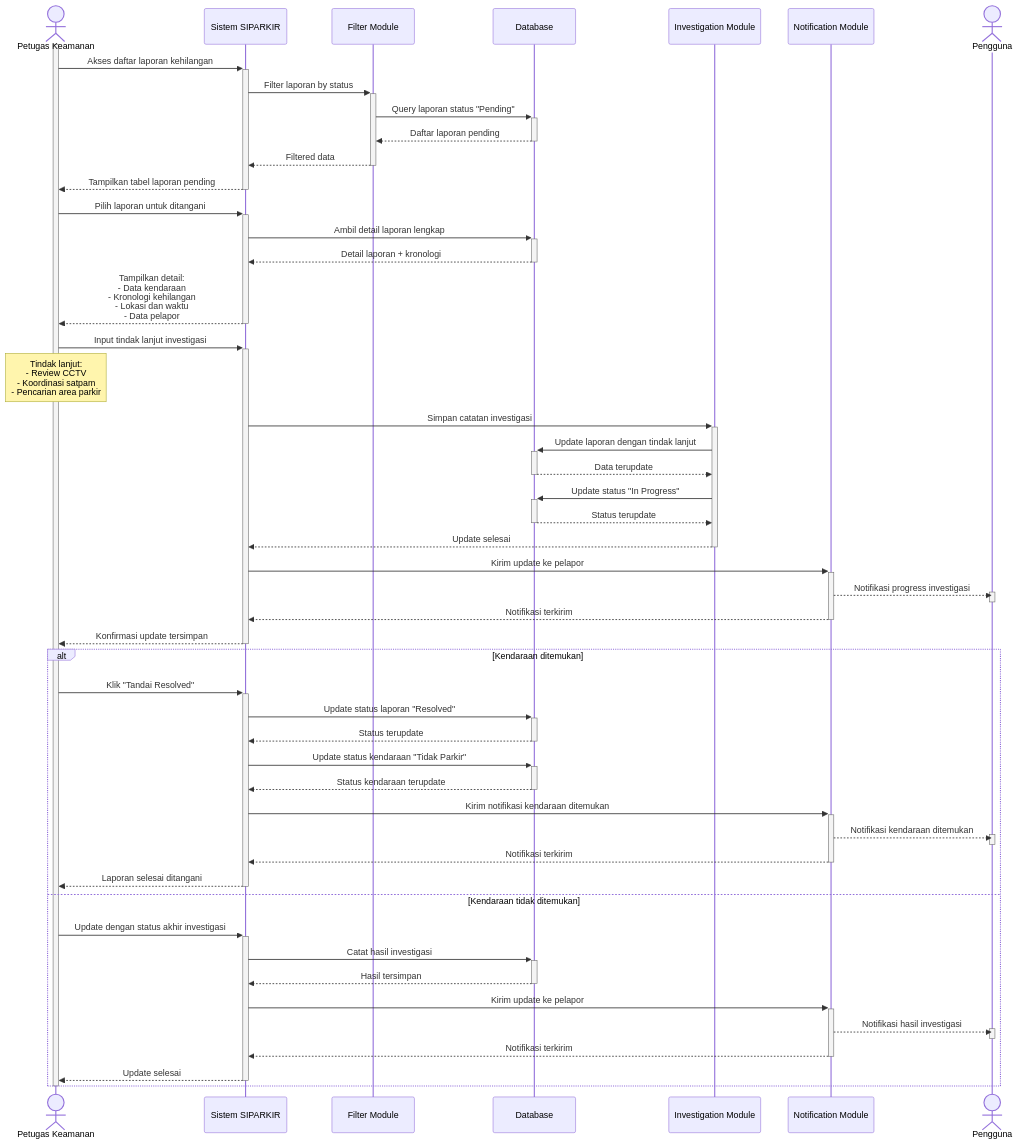
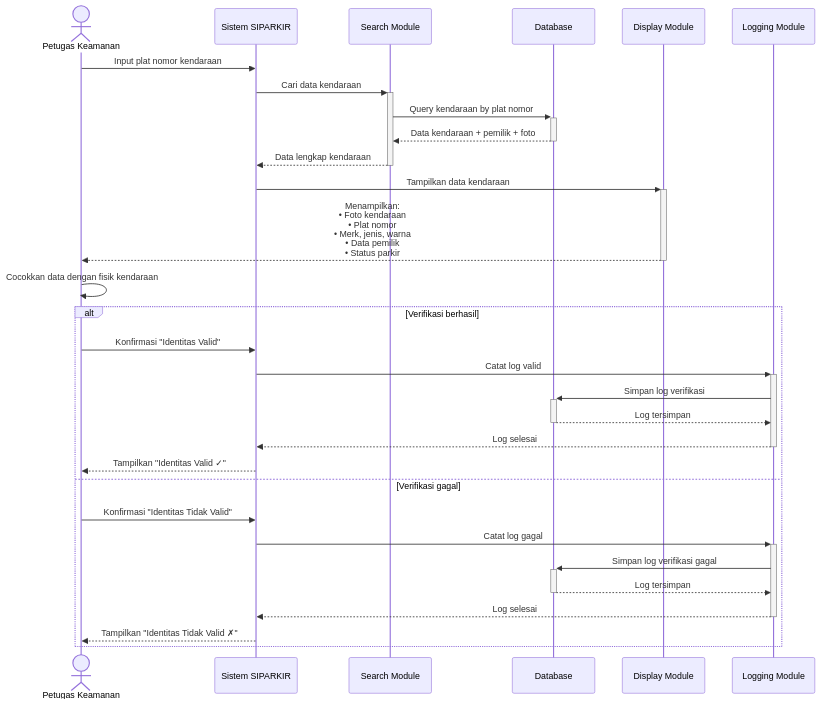
One commit to puanakeyla/SIPARKIR changed diagram 11 of 13 in database/SEQUENCE_DIAGRAMS_GENERAL.md. Above: the diagram before and after it, drawn with Mermaid. The commit also changed other lines of this file, not shown here.

````diff
--- a/database/SEQUENCE_DIAGRAMS_GENERAL.md
+++ b/database/SEQUENCE_DIAGRAMS_GENERAL.md
@@ -583,64 +659,37 @@
 ```mermaid
 sequenceDiagram
     actor Petugas as Petugas Keamanan
     participant System as Sistem SIPARKIR
-    participant Filter as Filter Module
+    participant Search as Search Module
     participant DB as Database
-    participant Investigation as Investigation Module
-    participant Notification as Notification Module
-    actor Pengguna
+    participant Display as Display Module
+    participant Log as Logging Module
 
-    activate Petugas
-    Petugas->>+System: Akses daftar laporan kehilangan
-    System->>+Filter: Filter laporan by status
-    Filter->>+DB: Query laporan status "Pending"
-    DB-->>-Filter: Daftar laporan pending
-    Filter-->>-System: Filtered data
-    System-->>-Petugas: Tampilkan tabel laporan pending
+    Petugas->>System: Input plat nomor kendaraan
     
-    Petugas->>+System: Pilih laporan untuk ditangani
-    System->>+DB: Ambil detail laporan lengkap
-    DB-->>-System: Detail laporan + kronologi
-    System-->>-Petugas: Tampilkan detail:<br/>- Data kendaraan<br/>- Kronologi kehilangan<br/>- Lokasi dan waktu<br/>- Data pelapor
-    
-    Petugas->>+System: Input tindak lanjut investigasi
-    Note over Petugas: Tindak lanjut:<br/>- Review CCTV<br/>- Koordinasi satpam<br/>- Pencarian area parkir
-    
-    System->>+Investigation: Simpan catatan investigasi
-    Investigation->>+DB: Update laporan dengan tindak lanjut
-    DB-->>-Investigation: Data terupdate
-    Investigation->>+DB: Update status "In Progress"
-    DB-->>-Investigation: Status terupdate
-    Investigation-->>-System: Update selesai
-    System->>+Notification: Kirim update ke pelapor
-    Notification-->>Pengguna: Notifikasi progress investigasi
-    activate Pengguna
-    deactivate Pengguna
-    Notification-->>-System: Notifikasi terkirim
-    System-->>-Petugas: Konfirmasi update tersimpan
-    
-    alt Kendaraan ditemukan
-        Petugas->>+System: Klik "Tandai Resolved"
-        System->>+DB: Update status laporan "Resolved"
-        DB-->>-System: Status terupdate
-        System->>+DB: Update status kendaraan "Tidak Parkir"
-        DB-->>-System: Status kendaraan terupdate
-        System->>+Notification: Kirim notifikasi kendaraan ditemukan
-        Notification-->>Pengguna: Notifikasi kendaraan ditemukan
-        activate Pengguna
-        deactivate Pengguna
-        Notification-->>-System: Notifikasi terkirim
-        System-->>-Petugas: Laporan selesai ditangani
-    else Kendaraan tidak ditemukan
-        Petugas->>+System: Update dengan status akhir investigasi
-        System->>+DB: Catat hasil investigasi
-        DB-->>-System: Hasil tersimpan
-        System->>+Notification: Kirim update ke pelapor
-        Notification-->>Pengguna: Notifikasi hasil investigasi
-        activate Pengguna
-        deactivate Pengguna
-        Notification-->>-System: Notifikasi terkirim
-        System-->>-Petugas: Update selesai
+    System->>+Search: Cari data kendaraan
+    Search->>+DB: Query kendaraan by plat nomor
+    DB-->>-Search: Data kendaraan + pemilik + foto
+    Search-->>-System: Data lengkap kendaraan
+
+    System->>+Display: Tampilkan data kendaraan
+    Display-->>-Petugas: Menampilkan:<br/>• Foto kendaraan<br/>• Plat nomor<br/>• Merk, jenis, warna<br/>• Data pemilik<br/>• Status parkir
+
+    Petugas->>Petugas: Cocokkan data dengan fisik kendaraan
+
+    alt Verifikasi berhasil
+        Petugas->>System: Konfirmasi "Identitas Valid"
+        System->>+Log: Catat log valid
+        Log->>+DB: Simpan log verifikasi
+        DB-->>-Log: Log tersimpan
+        Log-->>-System: Log selesai
+        System-->>Petugas: Tampilkan "Identitas Valid ✓"
+    else Verifikasi gagal
+        Petugas->>System: Konfirmasi "Identitas Tidak Valid"
+        System->>+Log: Catat log gagal
+        Log->>+DB: Simpan log verifikasi gagal
+        DB-->>-Log: Log tersimpan
+        Log-->>-System: Log selesai
+        System-->>Petugas: Tampilkan "Identitas Tidak Valid ✗"
     end
-    deactivate Petugas
 ```
````
